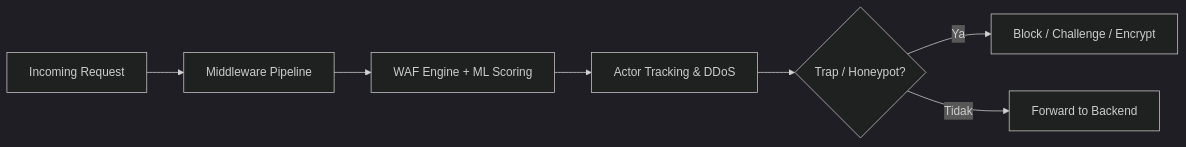
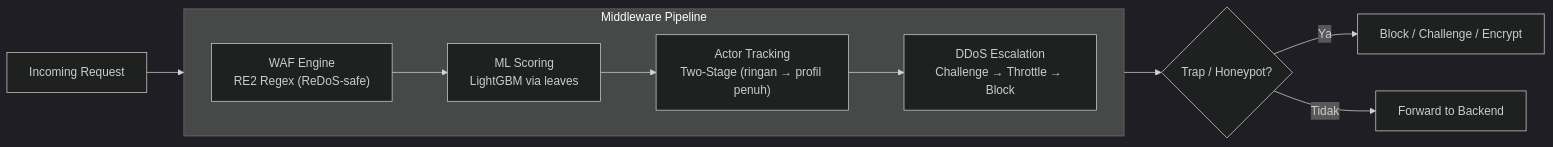
Before and after one commit to koodoxz/tameng: the first of 2 diagrams in README.md, drawn with Mermaid (dark theme). The commit also changed other lines of this file, not shown here.

````diff
--- a/README.md
+++ b/README.md
@@ -247,9 +249,15 @@
 ```mermaid
 graph LR
-    Req[Incoming Request] --> Pipeline[Middleware Pipeline]
-    Pipeline --> WAF[WAF Engine + ML Scoring]
-    WAF --> Actor[Actor Tracking & DDoS]
-    Actor --> Deception{Trap / Honeypot?}
+    Req[Incoming Request] --> Pipeline
+
+    subgraph Pipeline[Middleware Pipeline]
+        direction LR
+        Regex["WAF Engine<br/>RE2 Regex (ReDoS-safe)"] --> ML["ML Scoring<br/>LightGBM via leaves"]
+        ML --> ActorTrack["Actor Tracking<br/>Two-Stage (ringan → profil penuh)"]
+        ActorTrack --> DDoS["DDoS Escalation<br/>Challenge → Throttle → Block"]
+    end
+
+    Pipeline --> Deception{Trap / Honeypot?}
     Deception -- Ya --> Block[Block / Challenge / Encrypt]
     Deception -- Tidak --> Backend[Forward to Backend]
 ```
````
